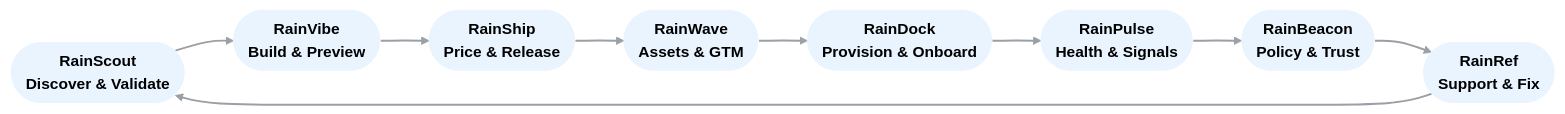
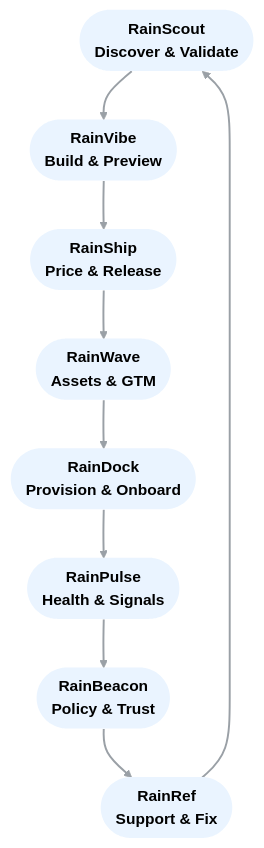
Before and after one commit to aurelius-in/RainStorm: the diagram in README.md, drawn with Mermaid.

````diff
--- a/README.md
+++ b/README.md
@@ -46,20 +46,20 @@
 ```mermaid
 %%{init: {
   "theme":"base",
   "flowchart": { "curve": "basis" },
   "themeVariables": { "fontFamily": "Inter, Arial" }
 }}%%
-flowchart LR
+flowchart TB
   classDef n fill:#eaf4ff,stroke-width:0,color:#000,font-weight:700;
 
   A([RainScout<br/>Discover & Validate]):::n --> 
   B([RainVibe<br/>Build & Preview]):::n --> 
   C([RainShip<br/>Price & Release]):::n --> 
   D([RainWave<br/>Assets & GTM]):::n --> 
   E([RainDock<br/>Provision & Onboard]):::n --> 
   F([RainPulse<br/>Health & Signals]):::n --> 
   G([RainBeacon<br/>Policy & Trust]):::n --> 
   H([RainRef<br/>Support & Fix]):::n --> A
 
   linkStyle default stroke:#9aa0a6,stroke-width:2;
 ```
````
